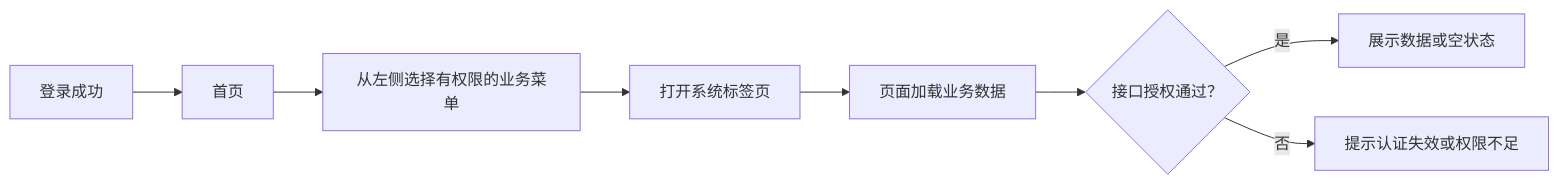
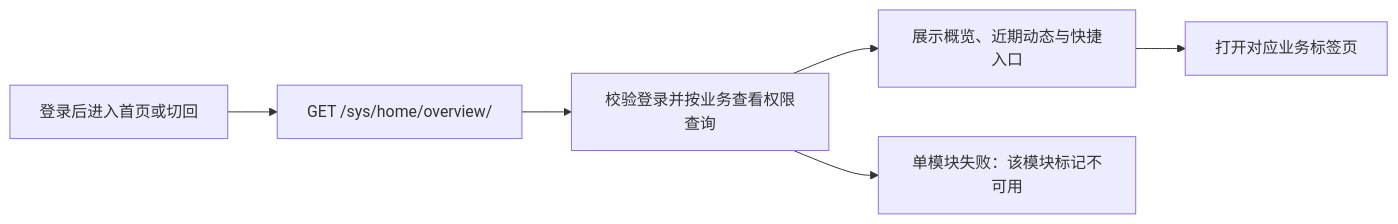
One commit to chlinwei/djadmin changed the diagram in docs/architecture/modules/HOME.md. Above: the diagram before and after it, drawn with Mermaid. The commit also changed other lines of this file and 169 other files, not shown here.

````diff
--- a/docs/architecture/modules/HOME.md
+++ b/docs/architecture/modules/HOME.md
@@ -12,10 +11,8 @@
 ```mermaid
 flowchart LR
-    A["登录成功"] --> B["首页"]
-    B --> C["从左侧选择有权限的业务菜单"]
-    C --> D["打开系统标签页"]
-    D --> E["页面加载业务数据"]
-    E --> F{"接口授权通过？"}
-    F -->|是| G["展示数据或空状态"]
-    F -->|否| H["提示认证失效或权限不足"]
+    A["登录后进入首页或切回"] --> B["GET /sys/home/overview/"]
+    B --> C["校验登录并按业务查看权限查询"]
+    C --> D["展示概览、近期动态与快捷入口"]
+    D --> E["打开对应业务标签页"]
+    C --> F["单模块失败：该模块标记不可用"]
 ```
````
